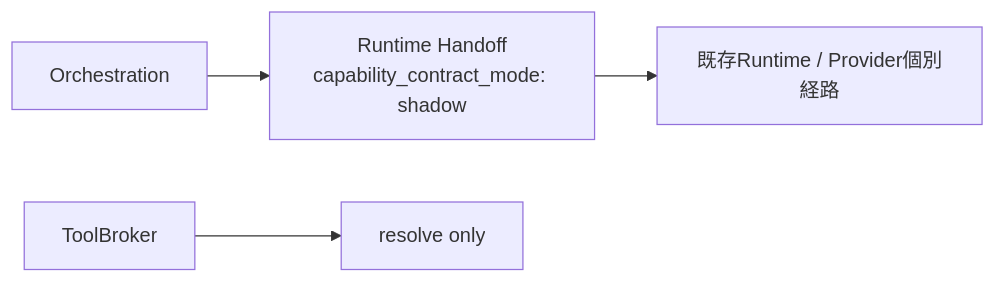
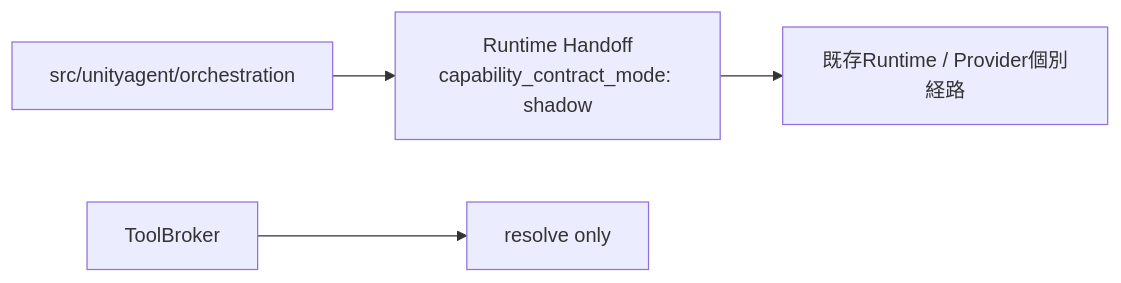
Before and after one commit to DarumaPPAP/UnityAgent: the first of 3 diagrams in docs/migration/production-tool-runtime-cutover.md, drawn with Mermaid. The commit also changed other lines of this file and 1025 other files, not shown here.

````diff
--- a/docs/migration/production-tool-runtime-cutover.md
+++ b/docs/migration/production-tool-runtime-cutover.md
@@ -33,6 +33,6 @@
 ```mermaid
 flowchart LR
-    O[Orchestration] --> H[Runtime Handoff<br/>capability_contract_mode: shadow]
+    O[src/unityagent/orchestration] --> H[Runtime Handoff<br/>capability_contract_mode: shadow]
     H --> X[既存Runtime / Provider個別経路]
     B[ToolBroker] --> R[resolve only]
 ```
````
